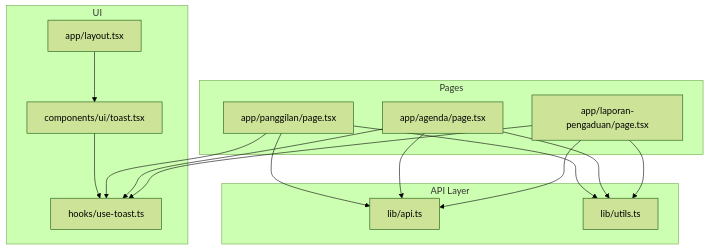
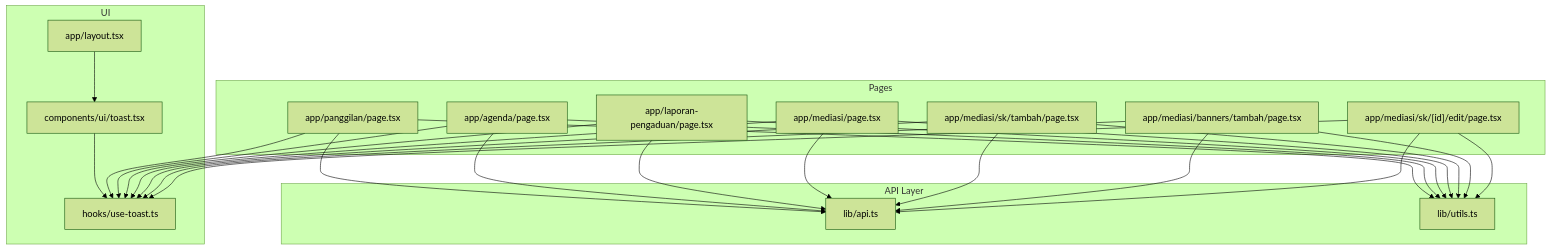
The first of 3 diagrams in .qoder/repowiki/en/content/API Integration.md (backuppapnj/admin-panel), drawn with Mermaid (forest theme) before and after one commit. The commit also changed other lines of this file and 10 other files, not shown here.

Commit message:
Add inovasi module and mediasi documentation, update sidebar and API

````diff
--- a/.qoder/repowiki/en/content/API Integration.md
+++ b/.qoder/repowiki/en/content/API Integration.md
@@ -44,28 +56,44 @@
 ```mermaid
 graph TB
 subgraph "Pages"
 P1["app/panggilan/page.tsx"]
 P2["app/agenda/page.tsx"]
 P3["app/laporan-pengaduan/page.tsx"]
+M1["app/mediasi/page.tsx"]
+M2["app/mediasi/sk/tambah/page.tsx"]
+M3["app/mediasi/banners/tambah/page.tsx"]
+M4["app/mediasi/sk/[id]/edit/page.tsx"]
 end
 subgraph "UI"
 L["app/layout.tsx"]
 TComp["components/ui/toast.tsx"]
 UToast["hooks/use-toast.ts"]
 end
 subgraph "API Layer"
 API["lib/api.ts"]
 Utils["lib/utils.ts"]
 end
 P1 --> API
 P2 --> API
 P3 --> API
+M1 --> API
+M2 --> API
+M3 --> API
+M4 --> API
 L --> TComp
 TComp --> UToast
 P1 --> UToast
 P2 --> UToast
 P3 --> UToast
+M1 --> UToast
+M2 --> UToast
+M3 --> UToast
+M4 --> UToast
 P1 --> Utils
 P2 --> Utils
 P3 --> Utils
+M1 --> Utils
+M2 --> Utils
+M3 --> Utils
+M4 --> Utils
 ```
````
